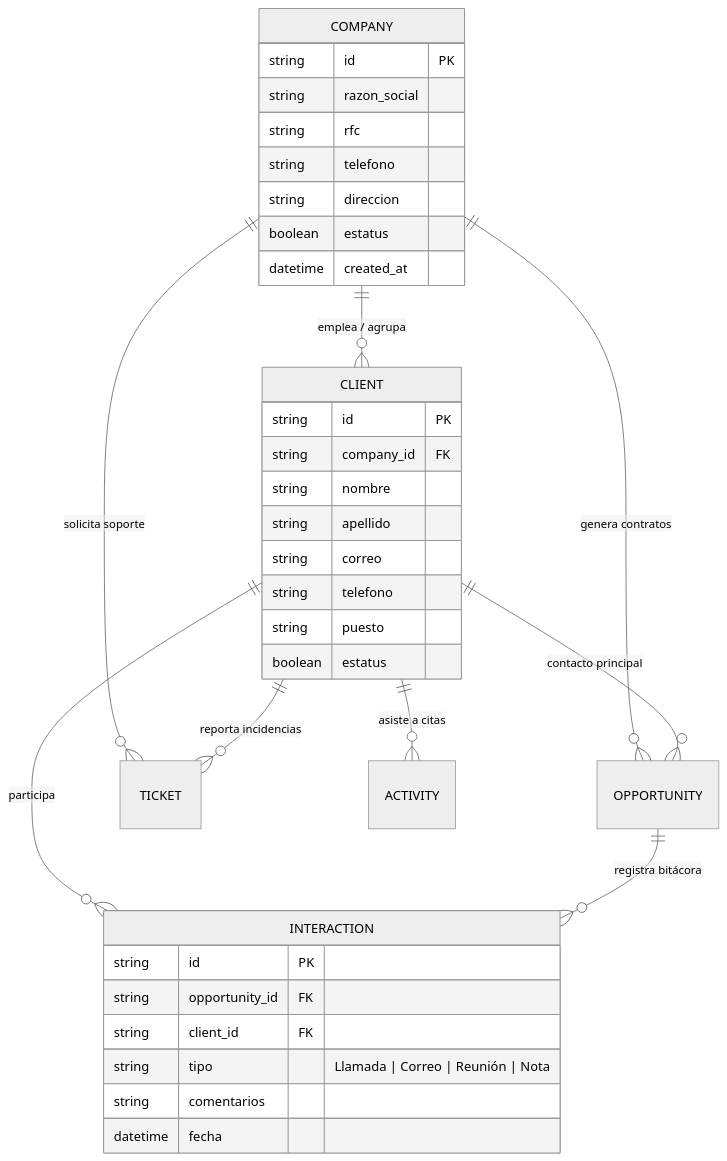
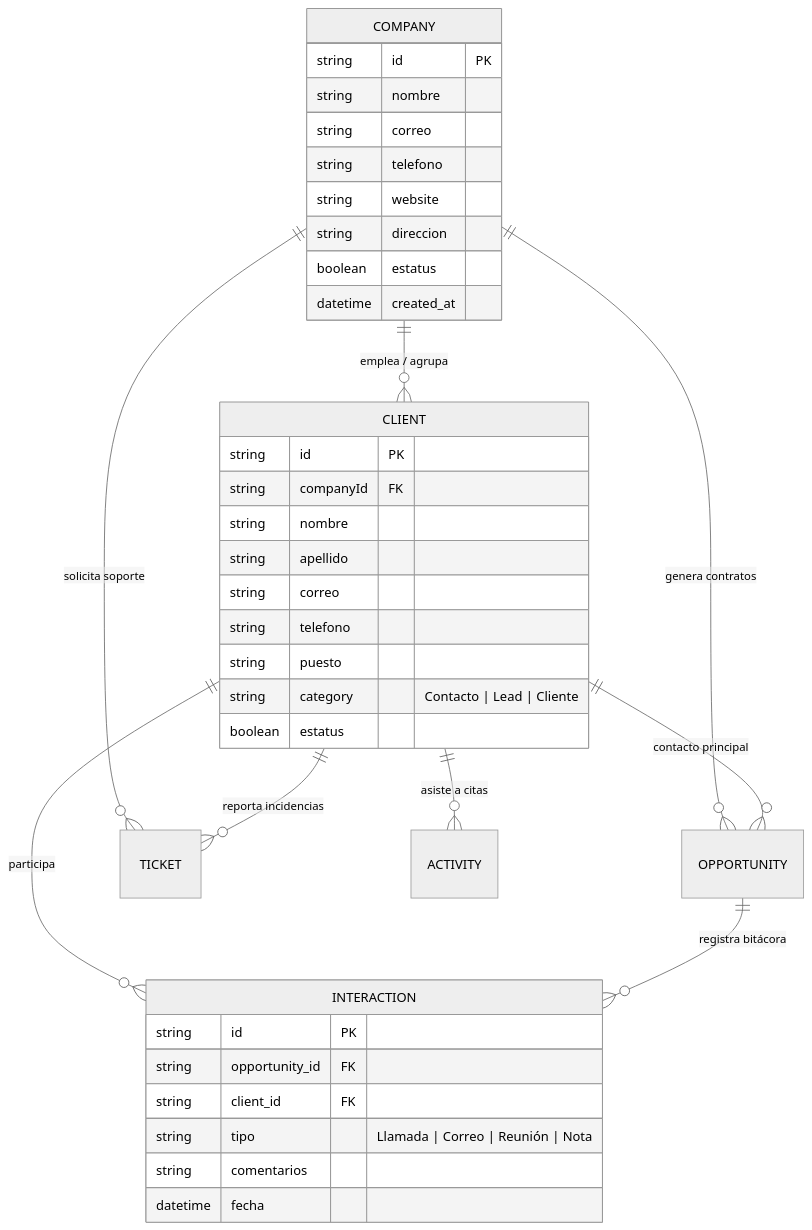
One commit to DesarrolloTibs/crm-tibs-app changed the diagram in Proyectos/CRM TIBS - Modulo de Clientes, Empresas & CRM.md. Above: the diagram before and after it, drawn with Mermaid (neutral theme). The commit also changed other lines of this file and 35 other files, not shown here.

````diff
--- a/Proyectos/CRM TIBS - Modulo de Clientes, Empresas & CRM.md
+++ b/Proyectos/CRM TIBS - Modulo de Clientes, Empresas & CRM.md
@@ -22,43 +23,45 @@
 ```mermaid
 erDiagram
     COMPANY ||--o{ CLIENT : "emplea / agrupa"
     COMPANY ||--o{ OPPORTUNITY : "genera contratos"
     COMPANY ||--o{ TICKET : "solicita soporte"
 
     CLIENT ||--o{ OPPORTUNITY : "contacto principal"
     CLIENT ||--o{ INTERACTION : "participa"
     CLIENT ||--o{ ACTIVITY : "asiste a citas"
     CLIENT ||--o{ TICKET : "reporta incidencias"
 
     OPPORTUNITY ||--o{ INTERACTION : "registra bitácora"
 
     COMPANY {
         string id PK
-        string razon_social
-        string rfc
+        string nombre
+        string correo
         string telefono
+        string website
         string direccion
         boolean estatus
         datetime created_at
     }
 
     CLIENT {
         string id PK
-        string company_id FK
+        string companyId FK
         string nombre
         string apellido
         string correo
         string telefono
         string puesto
+        string category "Contacto | Lead | Cliente"
         boolean estatus
     }
 
     INTERACTION {
         string id PK
         string opportunity_id FK
         string client_id FK
         string tipo "Llamada | Correo | Reunión | Nota"
         string comentarios
         datetime fecha
     }
 ```
````
